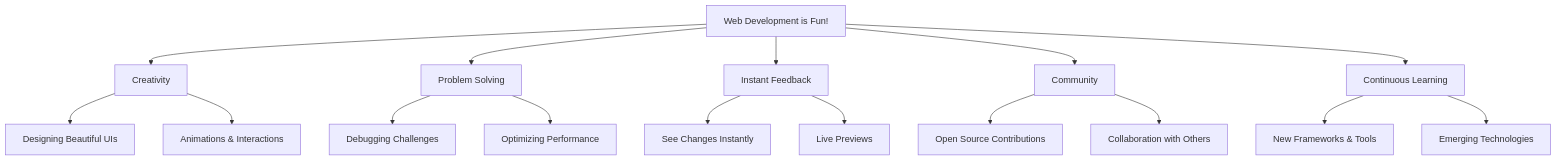
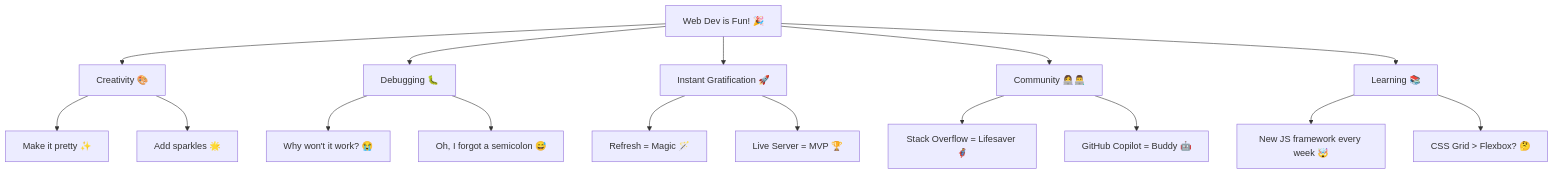
One commit to gotpop/gotpop changed the diagram in README.md. Above: the diagram before and after it, drawn with Mermaid.

````diff
--- a/README.md
+++ b/README.md
@@ -4,23 +4,23 @@
 ```mermaid
 graph TD
-    A[Web Development is Fun!] --> B[Creativity]
-    A --> C[Problem Solving]
-    A --> D[Instant Feedback]
-    A --> E[Community]
-    A --> F[Continuous Learning]
+    A[Web Dev is Fun! 🎉] --> B[Creativity 🎨]
+    A --> C[Debugging 🐛]
+    A --> D[Instant Gratification 🚀]
+    A --> E[Community 👩‍💻👨‍💻]
+    A --> F[Learning 📚]
 
-    B --> B1[Designing Beautiful UIs]
-    B --> B2[Animations & Interactions]
+    B --> B1["Make it pretty ✨"]
+    B --> B2["Add sparkles 🌟"]
     
-    C --> C1[Debugging Challenges]
-    C --> C2[Optimizing Performance]
+    C --> C1["Why won't it work? 😭"]
+    C --> C2["Oh, I forgot a semicolon 😅"]
     
-    D --> D1[See Changes Instantly]
-    D --> D2[Live Previews]
+    D --> D1["Refresh = Magic 🪄"]
+    D --> D2["Live Server = MVP 🏆"]
     
-    E --> E1[Open Source Contributions]
-    E --> E2[Collaboration with Others]
+    E --> E1["Stack Overflow = Lifesaver 🦸"]
+    E --> E2["GitHub Copilot = Buddy 🤖"]
     
-    F --> F1[New Frameworks & Tools]
-    F --> F2[Emerging Technologies]
+    F --> F1["New JS framework every week 🤯"]
+    F --> F2["CSS Grid > Flexbox? 🤔"]
 ```
````
